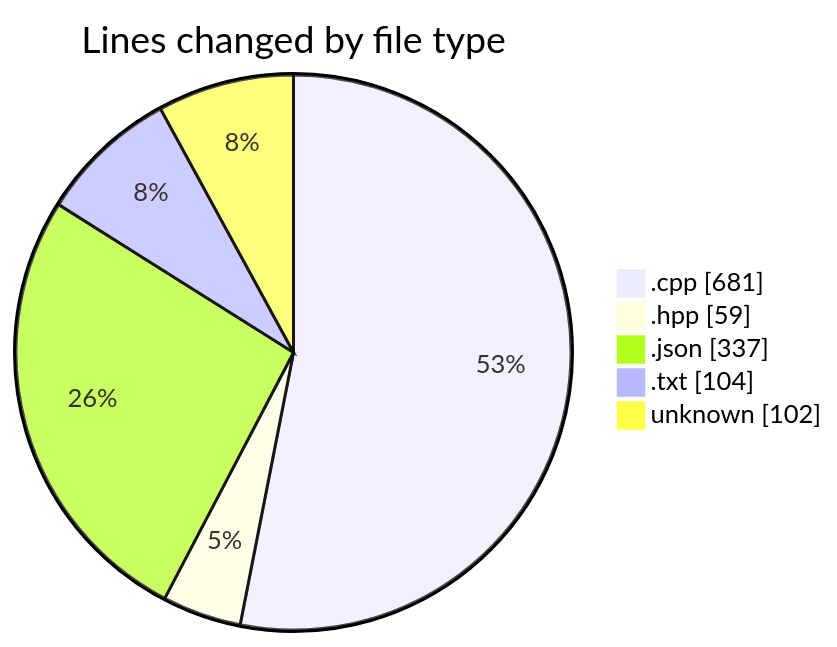
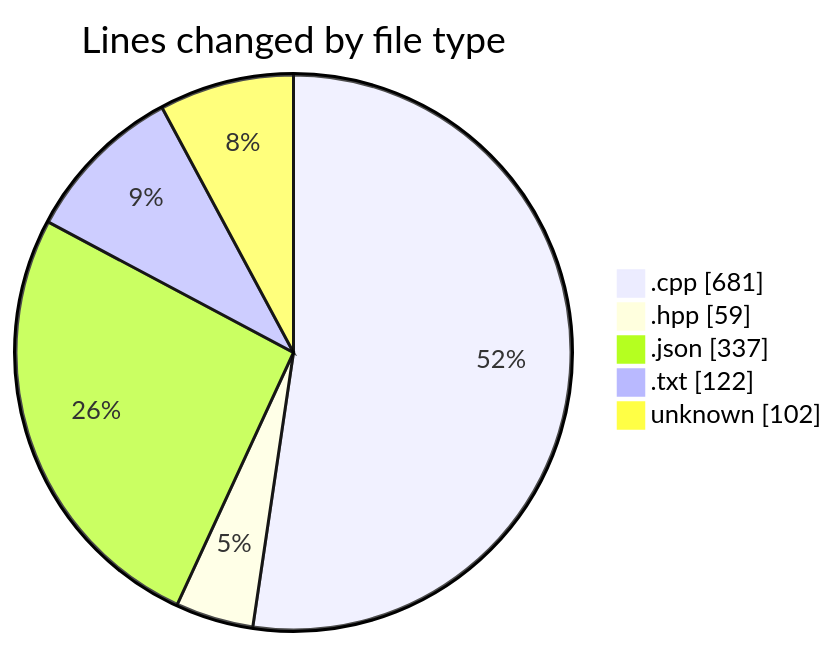
One commit to Netris89/code-tracking changed the first of 2 diagrams in 2025-04-06/echo/README.md. Above: the diagram before and after it, drawn with Mermaid. The commit also changed other lines of this file and 1 other file, not shown here.

````diff
--- a/2025-04-06/echo/README.md
+++ b/2025-04-06/echo/README.md
@@ -27,9 +27,9 @@
 ```mermaid
 pie showData
 title Lines changed by file type
 ".cpp" : 681
 ".hpp" : 59
 ".json" : 337
-".txt" : 104
+".txt" : 122
 "unknown" : 102
 ```
````
